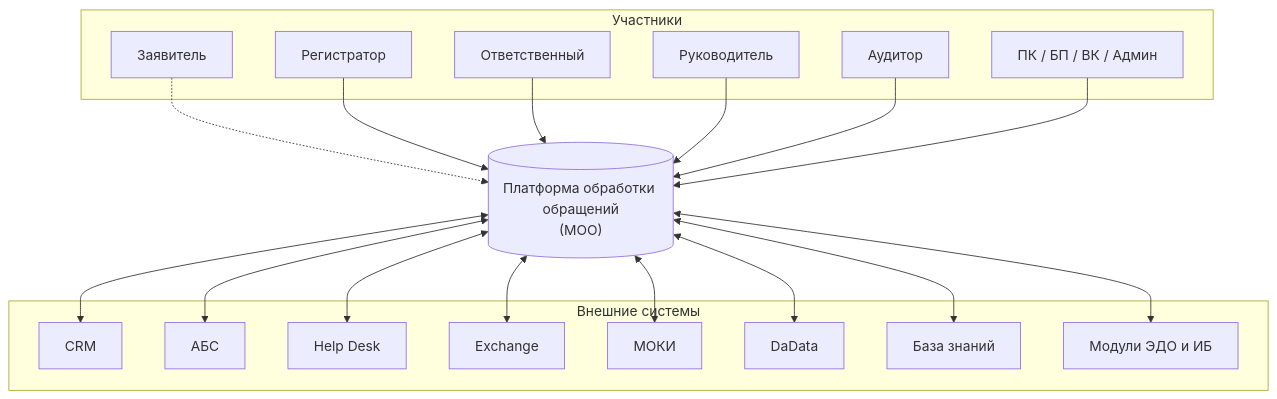
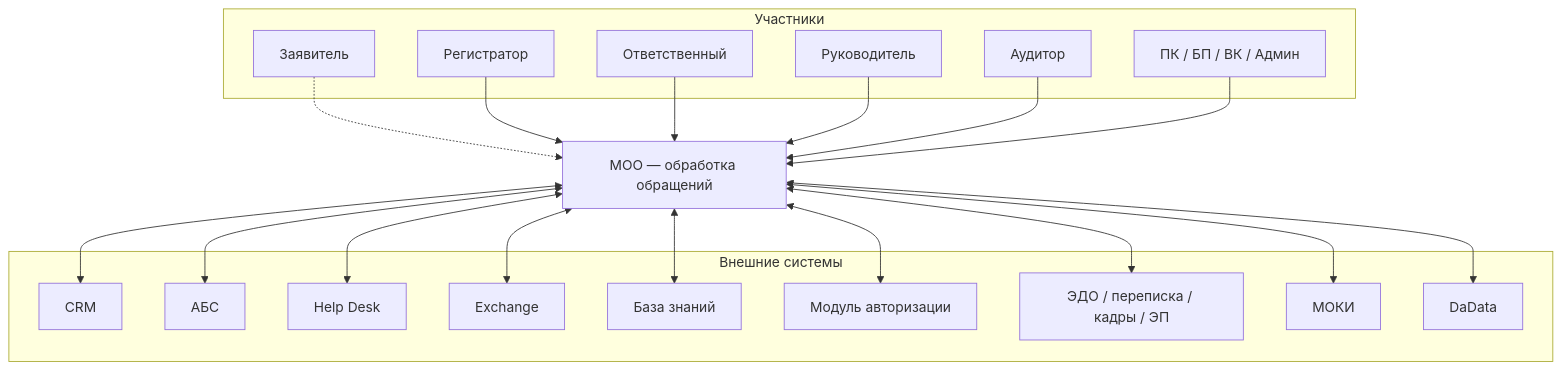
One commit to Solodovnick/edo changed the first of 2 diagrams in docs/c4-architecture-overview.md. Above: the diagram before and after it, drawn with Mermaid. The commit also changed other lines of this file and 1 other file, not shown here.

Commit message:
docs: README and C4 overview aligned with IcePanel architecture

````diff
--- a/docs/c4-architecture-overview.md
+++ b/docs/c4-architecture-overview.md
@@ -57,40 +56,42 @@
 ```mermaid
 flowchart TB
-  subgraph people [Участники]
-    Z[Заявитель]
-    Reg[Регистратор]
-    Otv[Ответственный]
-    Ruk[Руководитель]
-    Aud[Аудитор]
-    Other[ПК / БП / ВК / Админ]
+  subgraph people["Участники"]
+    Z["Заявитель"]
+    Reg["Регистратор"]
+    Otv["Ответственный"]
+    Ruk["Руководитель"]
+    Aud["Аудитор"]
+    Other["ПК / БП / ВК / Админ"]
   end
 
-  MOO[("Платформа обработки обращений\n(МОО)")]
+  MOO["МОО — обработка обращений"]
 
-  subgraph ext [Внешние системы]
-    CRM[CRM]
-    ABS[АБС]
-    HD[Help Desk]
-    Ex[Exchange]
-    MOKI[МОКИ]
-    DD[DaData]
-    KB[База знаний]
-    EDOK[Модули ЭДО и ИБ]
+  subgraph ext["Внешние системы"]
+    CRM["CRM"]
+    ABS["АБС"]
+    HD["Help Desk"]
+    Ex["Exchange"]
+    KB["База знаний"]
+    Auth["Модуль авторизации"]
+    EDOK["ЭДО / переписка / кадры / ЭП"]
+    MOKI["МОКИ"]
+    DD["DaData"]
   end
 
   Z -.-> MOO
   Reg --> MOO
   Otv --> MOO
   Ruk --> MOO
   Aud --> MOO
   Other --> MOO
 
   MOO <--> CRM
   MOO <--> ABS
   MOO <--> HD
   MOO <--> Ex
+  MOO <--> KB
+  MOO <--> Auth
+  MOO <--> EDOK
   MOO <--> MOKI
   MOO <--> DD
-  MOO <--> KB
-  MOO <--> EDOK
 ```
````
